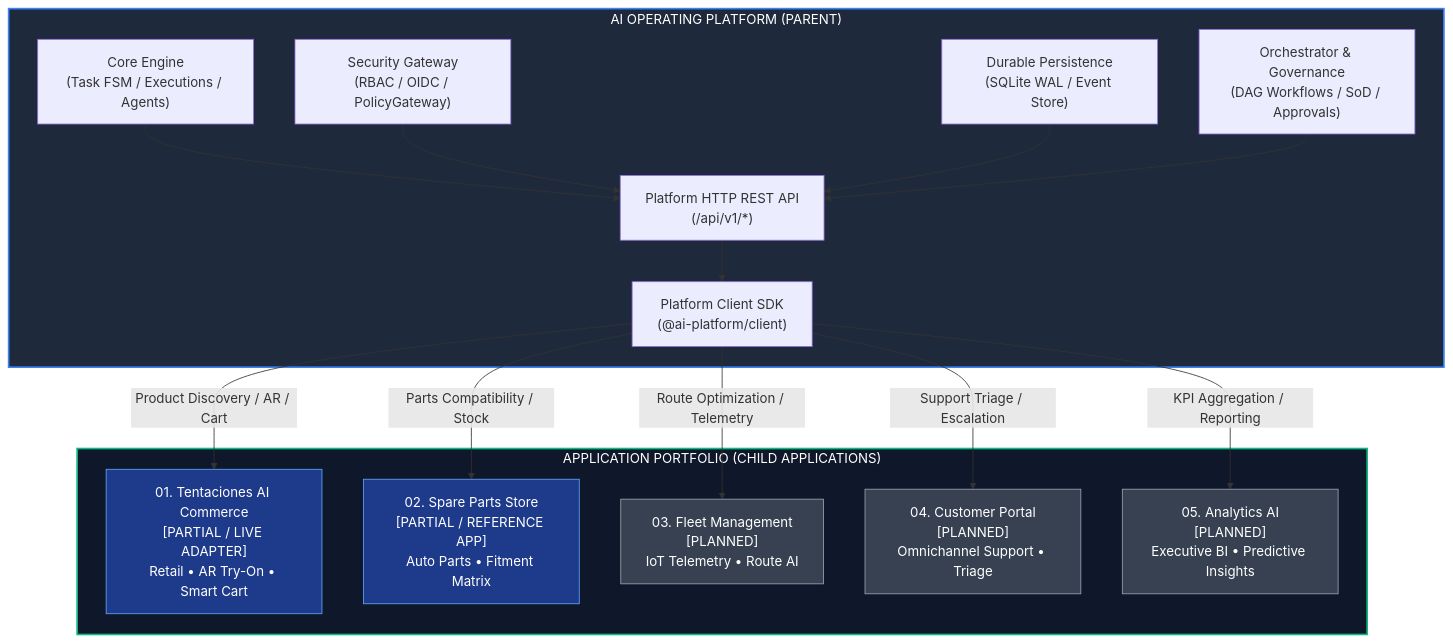
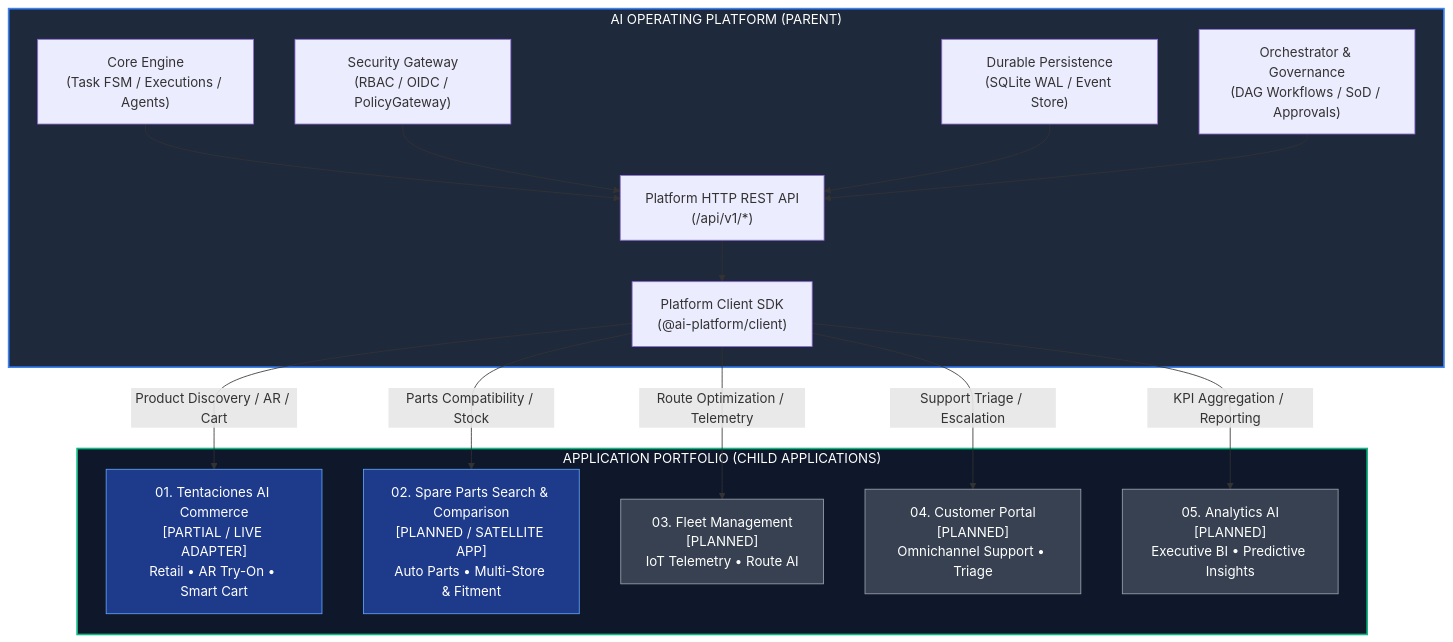
One commit to johangonzahenri/ai-operating-platform changed the first of 2 diagrams in docs/AI_APPLICATION_PORTFOLIO_MAP.md. Above: the diagram before and after it, drawn with Mermaid. The commit also changed 25 other files, not shown here.

Commit message:
docs: sync master plan and formalize spare parts product

````diff
--- a/docs/AI_APPLICATION_PORTFOLIO_MAP.md
+++ b/docs/AI_APPLICATION_PORTFOLIO_MAP.md
@@ -40,39 +40,39 @@
 ```mermaid
 graph TD
     subgraph PLATFORM["AI OPERATING PLATFORM (PARENT)"]
         CoreEngine["Core Engine<br/>(Task FSM / Executions / Agents)"]
         SecurityGateway["Security Gateway<br/>(RBAC / OIDC / PolicyGateway)"]
         DurableStorage["Durable Persistence<br/>(SQLite WAL / Event Store)"]
         Orchestrator["Orchestrator & Governance<br/>(DAG Workflows / SoD / Approvals)"]
         PlatformAPI["Platform HTTP REST API<br/>(/api/v1/*)"]
         PlatformClient["Platform Client SDK<br/>(@ai-platform/client)"]
 
         CoreEngine --> PlatformAPI
         SecurityGateway --> PlatformAPI
         DurableStorage --> PlatformAPI
         Orchestrator --> PlatformAPI
         PlatformAPI --> PlatformClient
     end
 
     subgraph PORTFOLIO["APPLICATION PORTFOLIO (CHILD APPLICATIONS)"]
         App01["01. Tentaciones AI Commerce<br/>[PARTIAL / LIVE ADAPTER]<br/>Retail • AR Try-On • Smart Cart"]
-        App02["02. Spare Parts Store<br/>[PARTIAL / REFERENCE APP]<br/>Auto Parts • Fitment Matrix"]
+        App02["02. Spare Parts Search & Comparison<br/>[PLANNED / SATELLITE APP]<br/>Auto Parts • Multi-Store & Fitment"]
         App03["03. Fleet Management<br/>[PLANNED]<br/>IoT Telemetry • Route AI"]
         App04["04. Customer Portal<br/>[PLANNED]<br/>Omnichannel Support • Triage"]
         App05["05. Analytics AI<br/>[PLANNED]<br/>Executive BI • Predictive Insights"]
     end
 
     PlatformClient -->|Product Discovery / AR / Cart| App01
     PlatformClient -->|Parts Compatibility / Stock| App02
     PlatformClient -->|Route Optimization / Telemetry| App03
     PlatformClient -->|Support Triage / Escalation| App04
     PlatformClient -->|KPI Aggregation / Reporting| App05
 
     style PLATFORM fill:#1e293b,stroke:#3b82f6,stroke-width:2px,color:#ffffff
     style PORTFOLIO fill:#0f172a,stroke:#10b981,stroke-width:2px,color:#ffffff
     style App01 fill:#1e3a8a,stroke:#60a5fa,color:#ffffff
     style App02 fill:#1e3a8a,stroke:#60a5fa,color:#ffffff
     style App03 fill:#374151,stroke:#9ca3af,color:#ffffff
     style App04 fill:#374151,stroke:#9ca3af,color:#ffffff
     style App05 fill:#374151,stroke:#9ca3af,color:#ffffff
 ```
````
